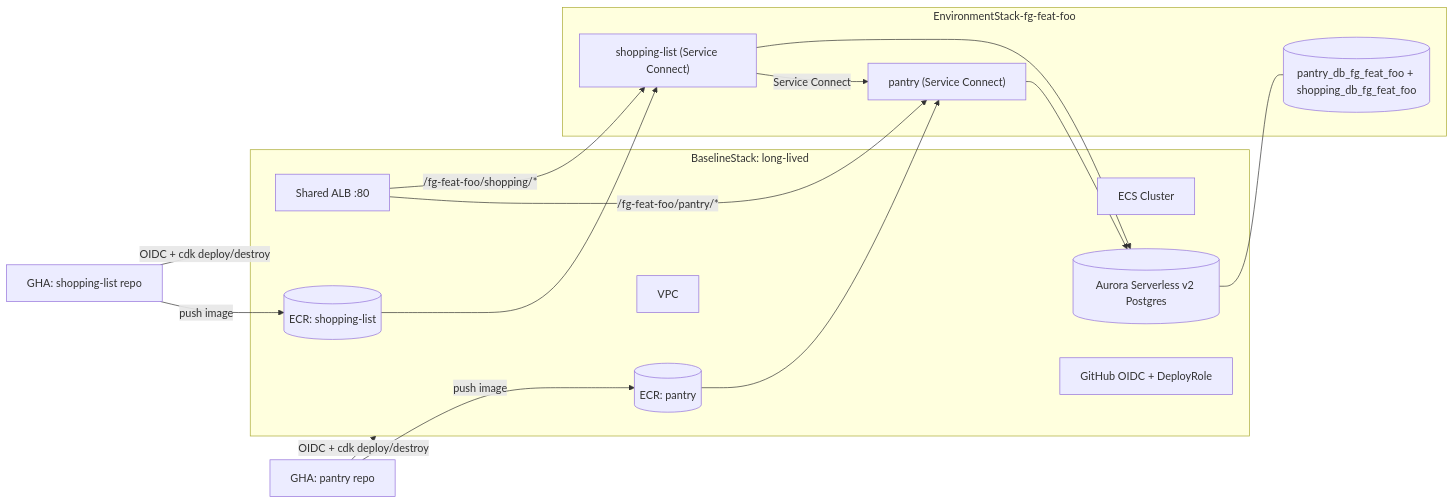
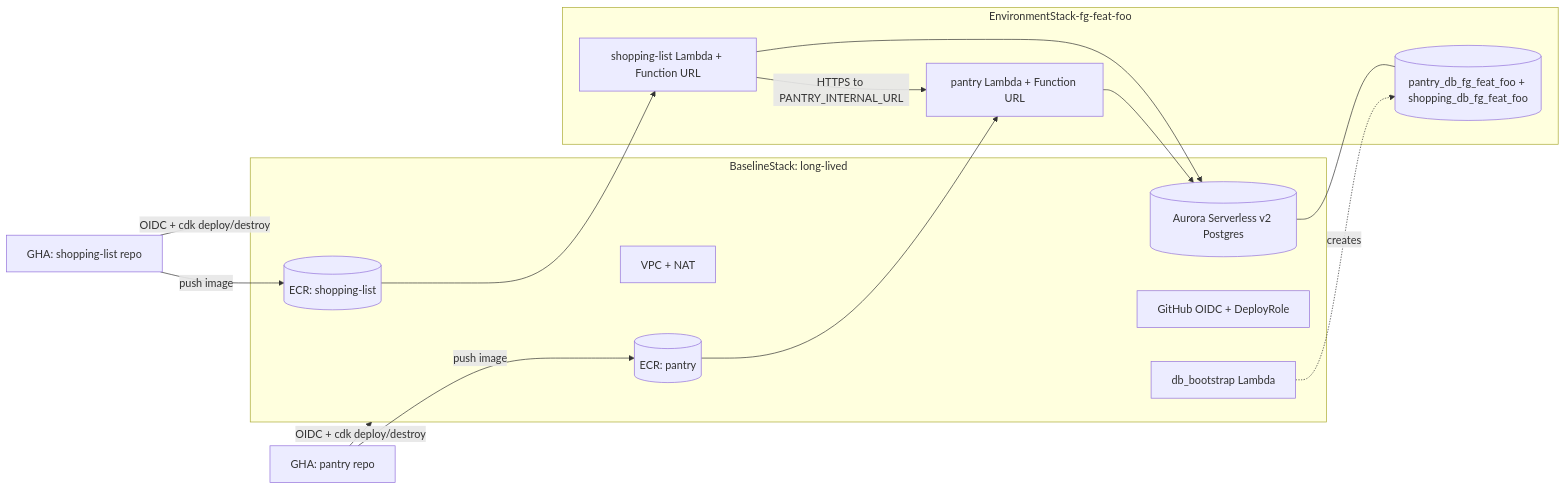
Before and after one commit to henworth/infra: the diagram in README.md, drawn with Mermaid. The commit also changed other lines of this file and 3 other files, not shown here.

Commit message:
feat: Switch from ECS to Lambda

````diff
--- a/README.md
+++ b/README.md
@@ -25,31 +25,29 @@
 ```mermaid
 flowchart LR
     GhaPantry["GHA: pantry repo"]
     GhaShopping["GHA: shopping-list repo"]
     subgraph baseline [BaselineStack: long-lived]
-        VPC[VPC]
-        ALB["Shared ALB :80"]
-        ECS[ECS Cluster]
+        VPC["VPC + NAT"]
         Aurora[("Aurora Serverless v2 Postgres")]
         EcrPantry[("ECR: pantry")]
         EcrShopping[("ECR: shopping-list")]
         OIDC[GitHub OIDC + DeployRole]
+        Bootstrap["db_bootstrap Lambda"]
     end
     subgraph envFG ["EnvironmentStack-fg-feat-foo"]
-        SvcPantry["pantry (Service Connect)"]
-        SvcShopping["shopping-list (Service Connect)"]
+        FnPantry["pantry Lambda + Function URL"]
+        FnShopping["shopping-list Lambda + Function URL"]
         DBs[("pantry_db_fg_feat_foo + shopping_db_fg_feat_foo")]
     end
     GhaPantry -->|"push image"| EcrPantry
     GhaShopping -->|"push image"| EcrShopping
     GhaPantry -->|"OIDC + cdk deploy/destroy"| baseline
     GhaShopping -->|"OIDC + cdk deploy/destroy"| baseline
-    EcrPantry --> SvcPantry
-    EcrShopping --> SvcShopping
-    ALB -->|"/fg-feat-foo/pantry/*"| SvcPantry
-    ALB -->|"/fg-feat-foo/shopping/*"| SvcShopping
-    SvcShopping -->|"Service Connect"| SvcPantry
-    SvcPantry --> Aurora
-    SvcShopping --> Aurora
+    EcrPantry --> FnPantry
+    EcrShopping --> FnShopping
+    FnShopping -->|"HTTPS to PANTRY_INTERNAL_URL"| FnPantry
+    FnPantry --> Aurora
+    FnShopping --> Aurora
+    Bootstrap -.->|"creates"| DBs
     Aurora --- DBs
 ```
````
